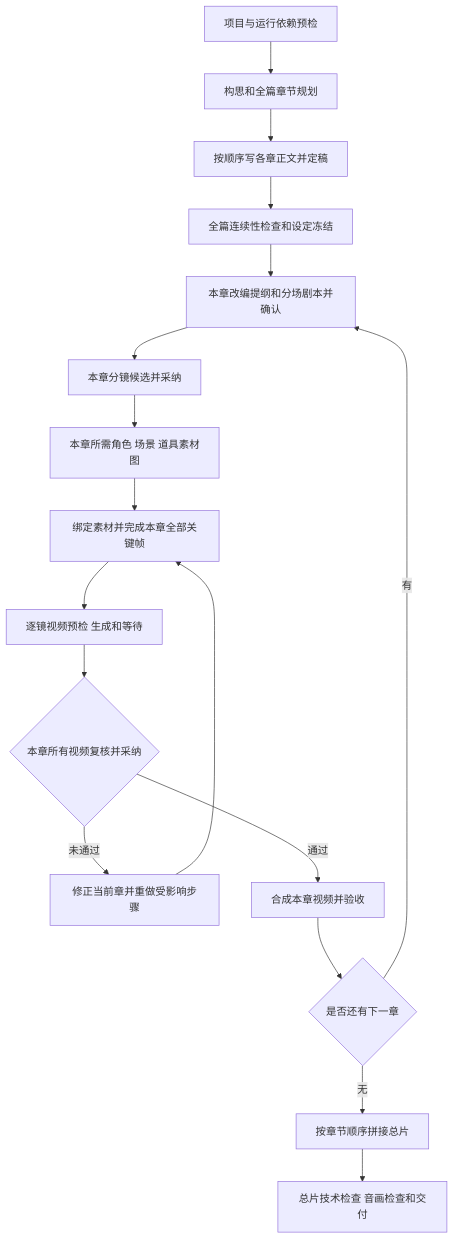
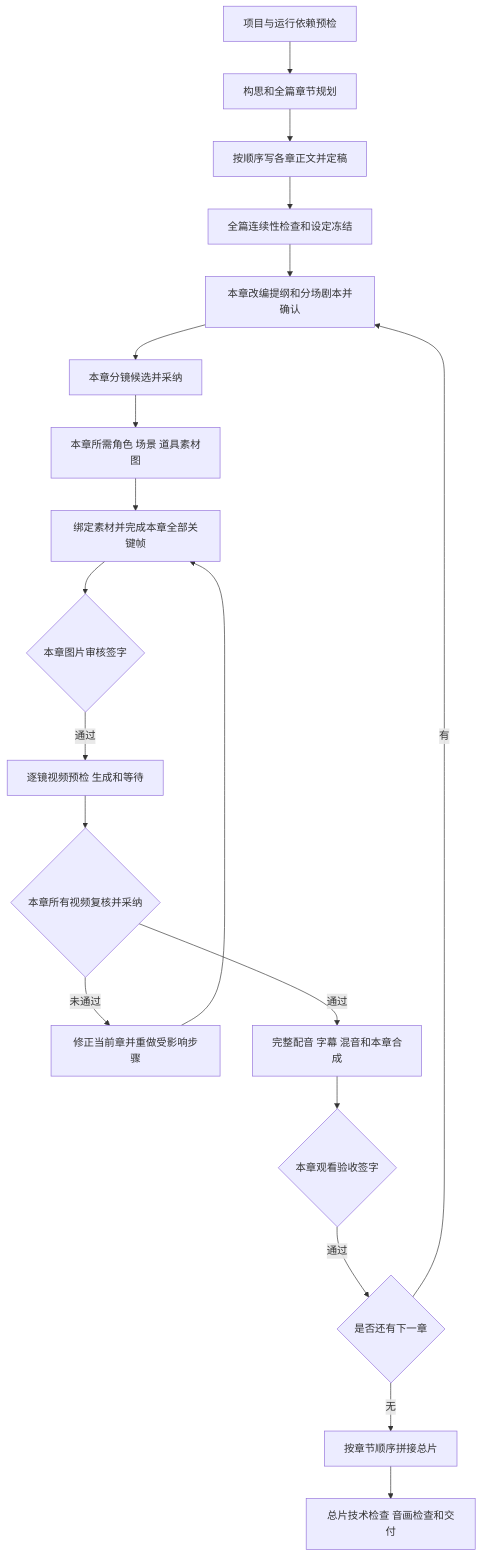
The diagram in local/docs/完整视频制作链路与内部接口.md (eric20170524/nova-story), drawn with Mermaid before and after one commit. The commit also changed other lines of this file and 32 other files, not shown here.

````diff
--- a/local/docs/完整视频制作链路与内部接口.md
+++ b/local/docs/完整视频制作链路与内部接口.md
@@ -35,19 +35,21 @@
 ```mermaid
 flowchart TD
     A[项目与运行依赖预检] --> B[构思和全篇章节规划]
     B --> C[按顺序写各章正文并定稿]
     C --> D[全篇连续性检查和设定冻结]
     D --> E[本章改编提纲和分场剧本并确认]
     E --> F[本章分镜候选并采纳]
     F --> G[本章所需角色 场景 道具素材图]
     G --> H[绑定素材并完成本章全部关键帧]
-    H --> I[逐镜视频预检 生成和等待]
+    H --> H1{本章图片审核签字}
+    H1 -->|通过| I[逐镜视频预检 生成和等待]
     I --> J{本章所有视频复核并采纳}
     J -->|未通过| K[修正当前章并重做受影响步骤]
     K --> H
-    J -->|通过| L[合成本章视频并验收]
-    L --> M{是否还有下一章}
+    J -->|通过| L[完整配音 字幕 混音和本章合成]
+    L --> L1{本章观看验收签字}
+    L1 -->|通过| M{是否还有下一章}
     M -->|有| E
     M -->|无| N[按章节顺序拼接总片]
     N --> O[总片技术检查 音画检查和交付]
 ```
````
